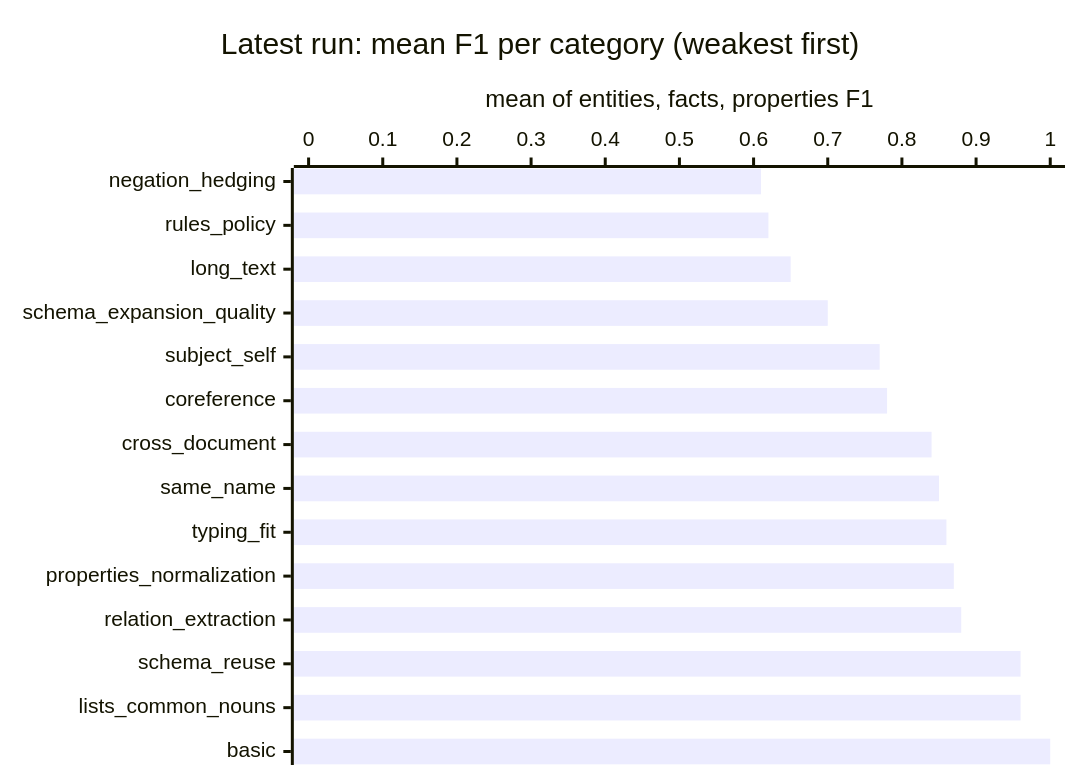
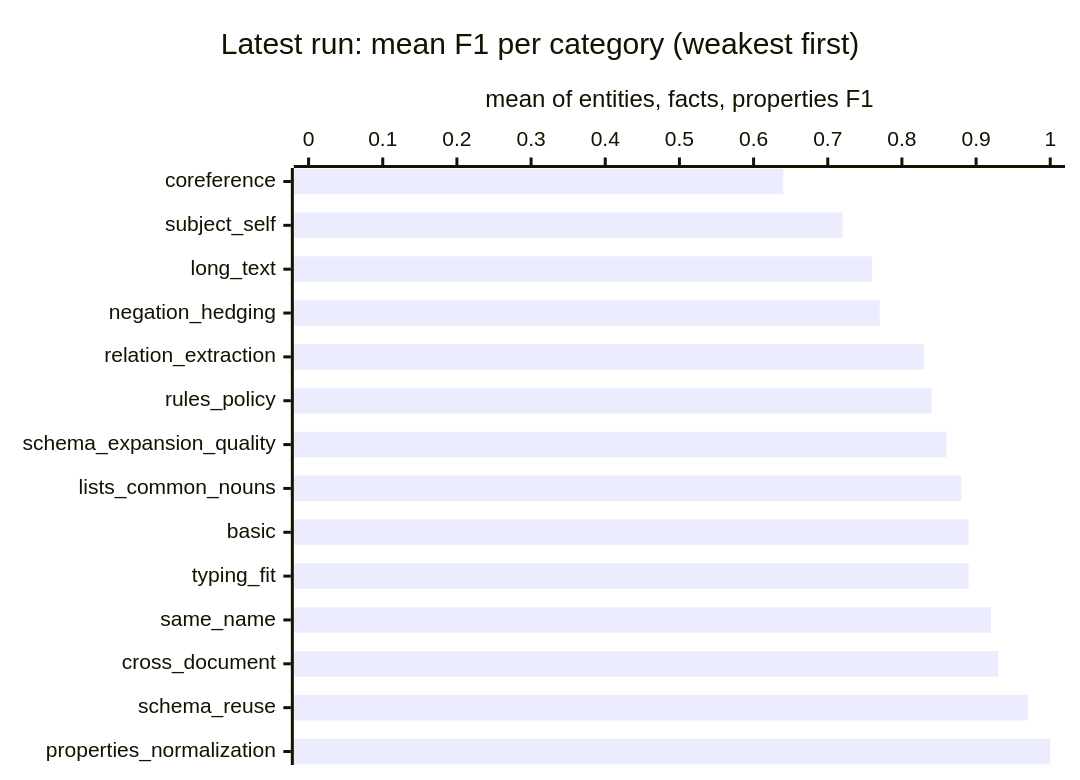
Before and after one commit to megagonlabs/blue-data-kb-source: the second of 2 diagrams in lib/tests/benchmarks/extraction/results/README.md, drawn with Mermaid. The commit also changed other lines of this file and 6 other files, not shown here.

````diff
--- a/lib/tests/benchmarks/extraction/results/README.md
+++ b/lib/tests/benchmarks/extraction/results/README.md
@@ -39,7 +39,7 @@
 ```mermaid
 xychart-beta horizontal
     title "Latest run: mean F1 per category (weakest first)"
-    x-axis ["negation_hedging", "rules_policy", "long_text", "schema_expansion_quality", "subject_self", "coreference", "cross_document", "same_name", "typing_fit", "properties_normalization", "relation_extraction", "schema_reuse", "lists_common_nouns", "basic"]
+    x-axis ["coreference", "subject_self", "long_text", "negation_hedging", "relation_extraction", "rules_policy", "schema_expansion_quality", "lists_common_nouns", "basic", "typing_fit", "same_name", "cross_document", "schema_reuse", "properties_normalization"]
     y-axis "mean of entities, facts, properties F1" 0 --> 1
-    bar [0.61, 0.62, 0.65, 0.70, 0.77, 0.78, 0.84, 0.85, 0.86, 0.87, 0.88, 0.96, 0.96, 1.00]
+    bar [0.64, 0.72, 0.76, 0.77, 0.83, 0.84, 0.86, 0.88, 0.89, 0.89, 0.92, 0.93, 0.97, 1.00]
 ```
````
